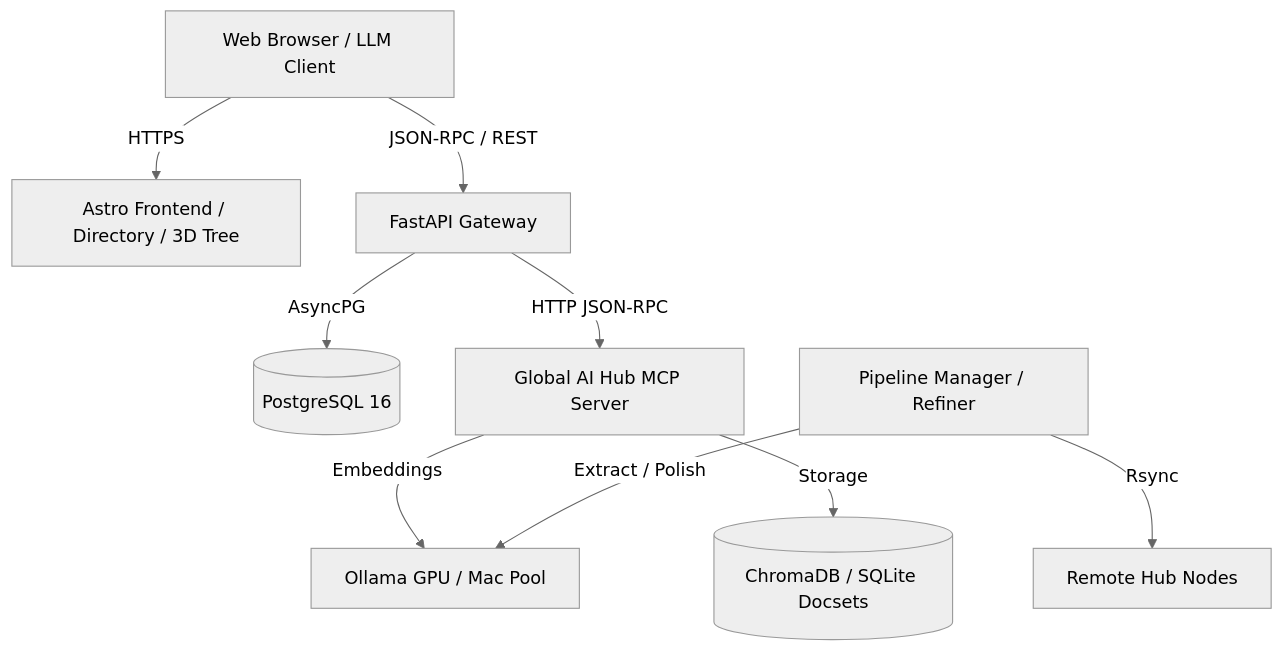
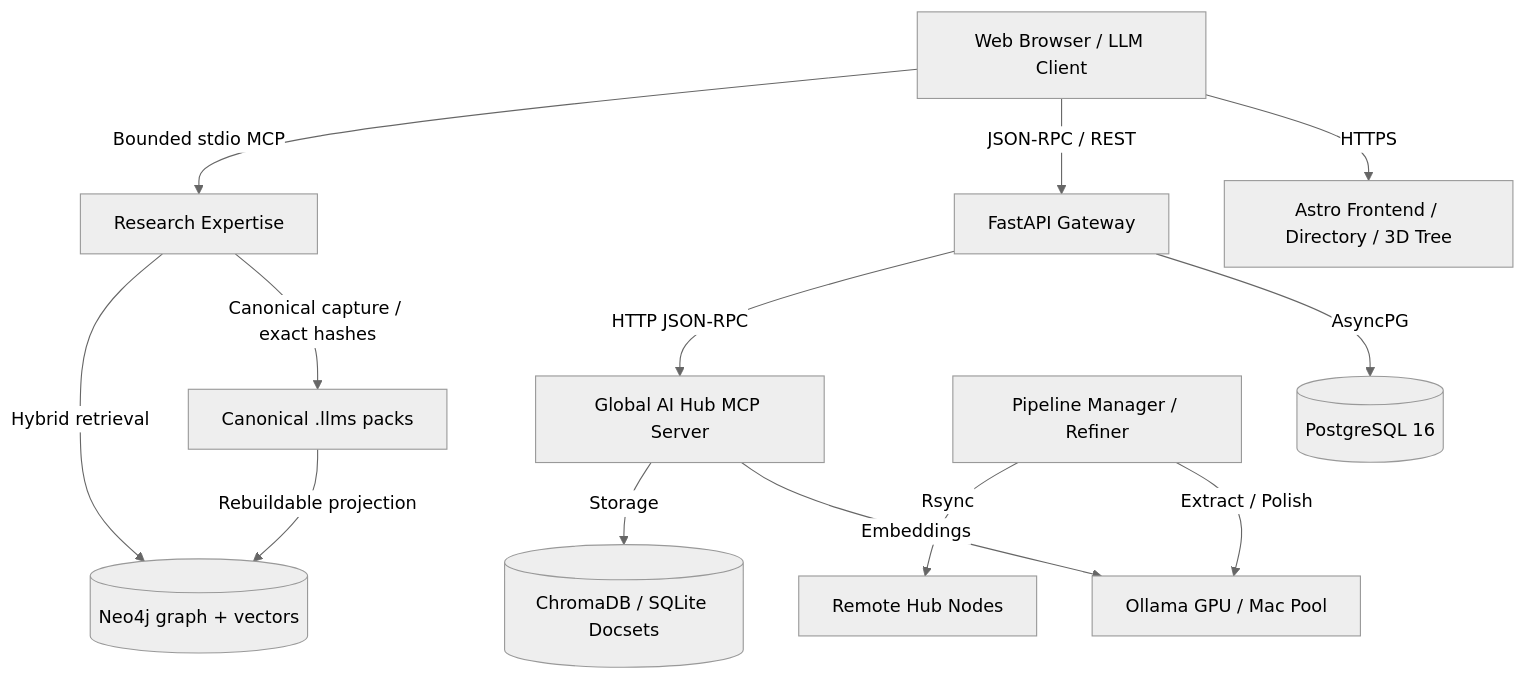
One commit to mithudso/llms-explorer changed the diagram in docs/ARCHITECTURE.md. Above: the diagram before and after it, drawn with Mermaid (neutral theme). The commit also changed other lines of this file and 63 other files, not shown here.

First line of the commit message:
Fix research lifecycle integrity and bootstrap expertise tooling (#329)

````diff
--- a/docs/ARCHITECTURE.md
+++ b/docs/ARCHITECTURE.md
@@ -7,11 +7,15 @@
 ```mermaid
 graph TD
     Client[Web Browser / LLM Client] -->|HTTPS| Site[Astro Frontend / Directory / 3D Tree]
     Client -->|JSON-RPC / REST| API[FastAPI Gateway]
     API -->|AsyncPG| DB[(PostgreSQL 16)]
     API -->|HTTP JSON-RPC| HubMCP[Global AI Hub MCP Server]
     HubMCP -->|Embeddings| OllamaPool[Ollama GPU / Mac Pool]
     HubMCP -->|Storage| Chroma[(ChromaDB / SQLite Docsets)]
+    Client -->|Bounded stdio MCP| Expertise[Research Expertise]
+    Expertise -->|Canonical capture / exact hashes| Packs[Canonical .llms packs]
+    Packs -->|Rebuildable projection| Neo4j[(Neo4j graph + vectors)]
+    Expertise -->|Hybrid retrieval| Neo4j
     Pipeline[Pipeline Manager / Refiner] -->|Extract / Polish| OllamaPool
     Pipeline -->|Rsync| HubNodes[Remote Hub Nodes]
 ```
````
